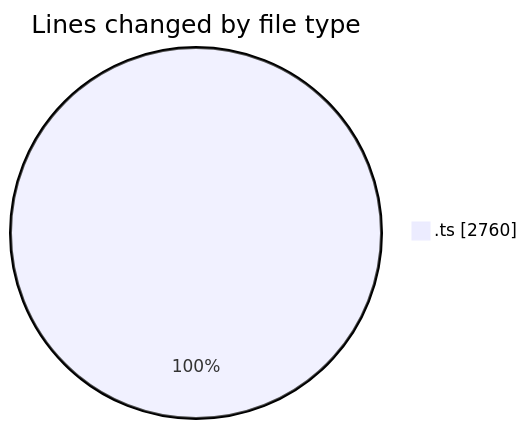
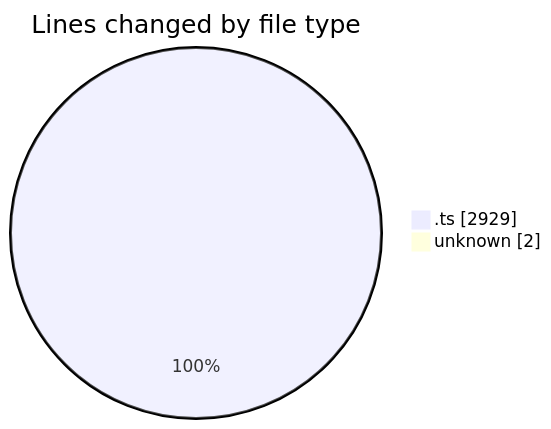
One commit to momahboobian/code-tracking changed the first of 2 diagrams in 2025-08-07/cda/README.md. Above: the diagram before and after it, drawn with Mermaid. The commit also changed other lines of this file and 1 other file, not shown here.

````diff
--- a/2025-08-07/cda/README.md
+++ b/2025-08-07/cda/README.md
@@ -23,5 +24,6 @@
 ```mermaid
 pie showData
 title Lines changed by file type
-".ts" : 2760
+".ts" : 2929
+"unknown" : 2
 ```
````
